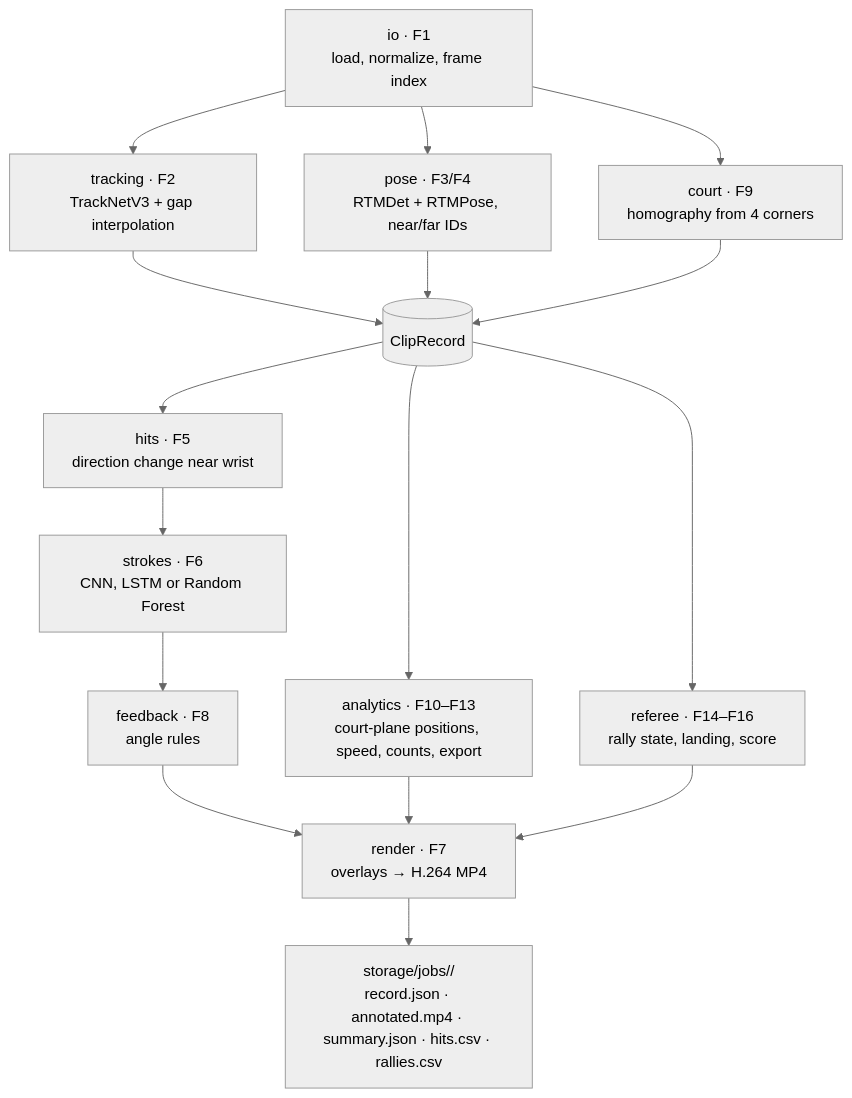
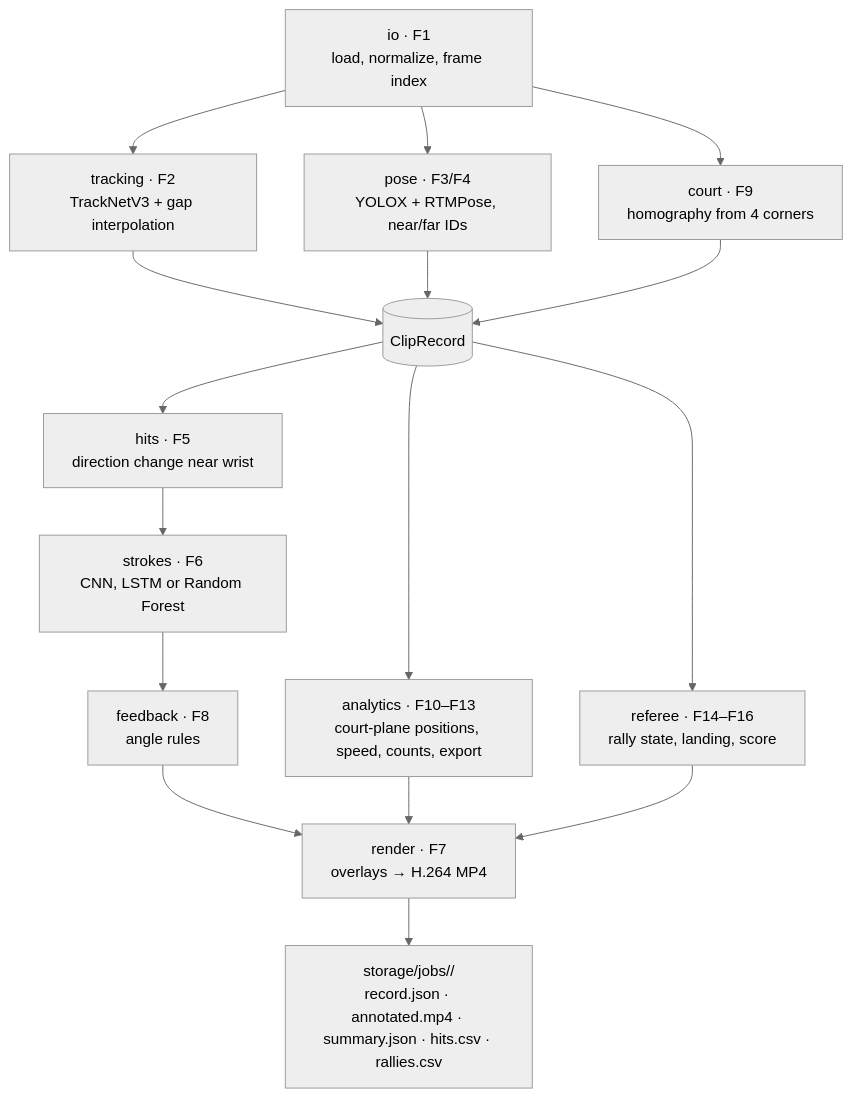
One commit to Mist10148/ShuttleSense changed the second of 4 diagrams in docs/ARCHITECTURE.md. Above: the diagram before and after it, drawn with Mermaid (neutral theme). The commit also changed other lines of this file and 7 other files, not shown here.

````diff
--- a/docs/ARCHITECTURE.md
+++ b/docs/ARCHITECTURE.md
@@ -35,18 +35,18 @@
 ```mermaid
 flowchart TD
     V["io · F1<br/>load, normalize, frame index"] --> T["tracking · F2<br/>TrackNetV3 + gap interpolation"]
-    V --> P["pose · F3/F4<br/>RTMDet + RTMPose, near/far IDs"]
+    V --> P["pose · F3/F4<br/>YOLOX + RTMPose, near/far IDs"]
     V --> C["court · F9<br/>homography from 4 corners"]
     T --> R[("ClipRecord")]
     P --> R
     C --> R
     R --> H["hits · F5<br/>direction change near wrist"]
     H --> S["strokes · F6<br/>CNN, LSTM or Random Forest"]
     S --> FB["feedback · F8<br/>angle rules"]
     R --> AN["analytics · F10–F13<br/>court-plane positions, speed, counts, export"]
     R --> RF["referee · F14–F16<br/>rally state, landing, score"]
     FB --> RD["render · F7<br/>overlays → H.264 MP4"]
     AN --> RD
     RF --> RD
     RD --> OUT["storage/jobs/<job_id>/<br/>record.json · annotated.mp4 · summary.json · hits.csv · rallies.csv"]
 ```
````
